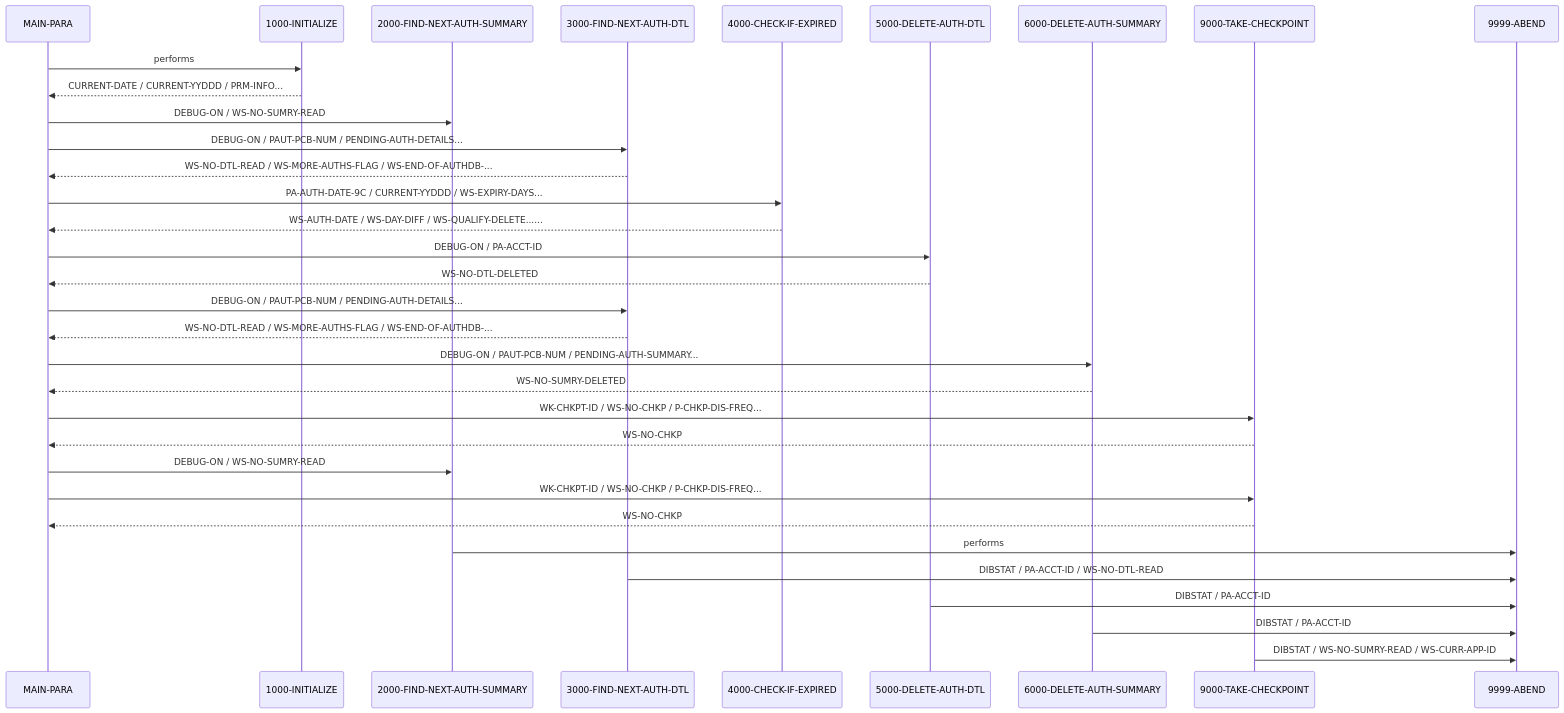
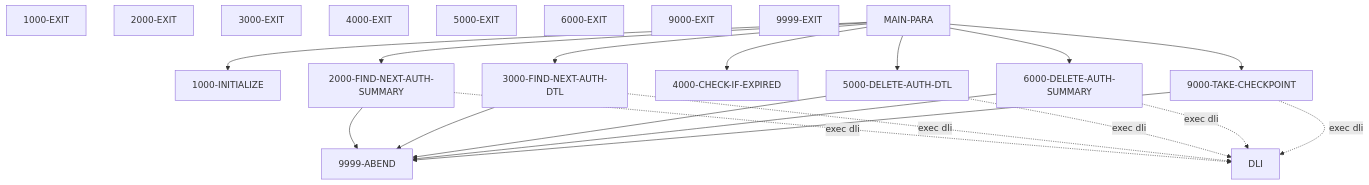
The diagram in example_output/cbl/CBPAUP0C.cbl.md (andrasfe/war_rig), drawn with Mermaid before and after one commit. The commit also changed other lines of this file and 300 other files, not shown here.

````diff
--- a/example_output/cbl/CBPAUP0C.cbl.md
+++ b/example_output/cbl/CBPAUP0C.cbl.md
@@ -198,35 +232,39 @@
 ```mermaid
-sequenceDiagram
-    participant MAIN_PARA as MAIN-PARA
-    participant 1000_INITIALIZE as 1000-INITIALIZE
-    participant 2000_FIND_NEXT_AUTH_SUMMARY as 2000-FIND-NEXT-AUTH-SUMMARY
-    participant 3000_FIND_NEXT_AUTH_DTL as 3000-FIND-NEXT-AUTH-DTL
-    participant 4000_CHECK_IF_EXPIRED as 4000-CHECK-IF-EXPIRED
-    participant 5000_DELETE_AUTH_DTL as 5000-DELETE-AUTH-DTL
-    participant 6000_DELETE_AUTH_SUMMARY as 6000-DELETE-AUTH-SUMMARY
-    participant 9000_TAKE_CHECKPOINT as 9000-TAKE-CHECKPOINT
-    participant 9999_ABEND as 9999-ABEND
-    MAIN_PARA->>1000_INITIALIZE: performs
-    1000_INITIALIZE-->>MAIN_PARA: CURRENT-DATE / CURRENT-YYDDD / PRM-INFO...
-    MAIN_PARA->>2000_FIND_NEXT_AUTH_SUMMARY: DEBUG-ON / WS-NO-SUMRY-READ
-    MAIN_PARA->>3000_FIND_NEXT_AUTH_DTL: DEBUG-ON / PAUT-PCB-NUM / PENDING-AUTH-DETAILS...
-    3000_FIND_NEXT_AUTH_DTL-->>MAIN_PARA: WS-NO-DTL-READ / WS-MORE-AUTHS-FLAG / WS-END-OF-AUTHDB-...
-    MAIN_PARA->>4000_CHECK_IF_EXPIRED: PA-AUTH-DATE-9C / CURRENT-YYDDD / WS-EXPIRY-DAYS...
-    4000_CHECK_IF_EXPIRED-->>MAIN_PARA: WS-AUTH-DATE / WS-DAY-DIFF / WS-QUALIFY-DELETE......
-    MAIN_PARA->>5000_DELETE_AUTH_DTL: DEBUG-ON / PA-ACCT-ID
-    5000_DELETE_AUTH_DTL-->>MAIN_PARA: WS-NO-DTL-DELETED
-    MAIN_PARA->>3000_FIND_NEXT_AUTH_DTL: DEBUG-ON / PAUT-PCB-NUM / PENDING-AUTH-DETAILS...
-    3000_FIND_NEXT_AUTH_DTL-->>MAIN_PARA: WS-NO-DTL-READ / WS-MORE-AUTHS-FLAG / WS-END-OF-AUTHDB-...
-    MAIN_PARA->>6000_DELETE_AUTH_SUMMARY: DEBUG-ON / PAUT-PCB-NUM / PENDING-AUTH-SUMMARY...
-    6000_DELETE_AUTH_SUMMARY-->>MAIN_PARA: WS-NO-SUMRY-DELETED
-    MAIN_PARA->>9000_TAKE_CHECKPOINT: WK-CHKPT-ID / WS-NO-CHKP / P-CHKP-DIS-FREQ...
-    9000_TAKE_CHECKPOINT-->>MAIN_PARA: WS-NO-CHKP
-    MAIN_PARA->>2000_FIND_NEXT_AUTH_SUMMARY: DEBUG-ON / WS-NO-SUMRY-READ
-    MAIN_PARA->>9000_TAKE_CHECKPOINT: WK-CHKPT-ID / WS-NO-CHKP / P-CHKP-DIS-FREQ...
-    9000_TAKE_CHECKPOINT-->>MAIN_PARA: WS-NO-CHKP
-    2000_FIND_NEXT_AUTH_SUMMARY->>9999_ABEND: performs
-    3000_FIND_NEXT_AUTH_DTL->>9999_ABEND: DIBSTAT / PA-ACCT-ID / WS-NO-DTL-READ
-    5000_DELETE_AUTH_DTL->>9999_ABEND: DIBSTAT / PA-ACCT-ID
-    6000_DELETE_AUTH_SUMMARY->>9999_ABEND: DIBSTAT / PA-ACCT-ID
-    9000_TAKE_CHECKPOINT->>9999_ABEND: DIBSTAT / WS-NO-SUMRY-READ / WS-CURR-APP-ID
+flowchart TD
+    %% Title: CBPAUP0C.cbl
+    1000_EXIT["1000-EXIT"]
+    1000_INITIALIZE["1000-INITIALIZE"]
+    2000_EXIT["2000-EXIT"]
+    2000_FIND_NEXT_AUTH_SUMMARY["2000-FIND-NEXT-AUTH-SUMMARY"]
+    9999_ABEND["9999-ABEND"]
+    DLI__ext["DLI"]
+    3000_EXIT["3000-EXIT"]
+    3000_FIND_NEXT_AUTH_DTL["3000-FIND-NEXT-AUTH-DTL"]
+    4000_CHECK_IF_EXPIRED["4000-CHECK-IF-EXPIRED"]
+    4000_EXIT["4000-EXIT"]
+    5000_DELETE_AUTH_DTL["5000-DELETE-AUTH-DTL"]
+    5000_EXIT["5000-EXIT"]
+    6000_DELETE_AUTH_SUMMARY["6000-DELETE-AUTH-SUMMARY"]
+    6000_EXIT["6000-EXIT"]
+    9000_EXIT["9000-EXIT"]
+    9000_TAKE_CHECKPOINT["9000-TAKE-CHECKPOINT"]
+    9999_EXIT["9999-EXIT"]
+    MAIN_PARA["MAIN-PARA"]
+    2000_FIND_NEXT_AUTH_SUMMARY --> 9999_ABEND
+    2000_FIND_NEXT_AUTH_SUMMARY -.->|exec dli| DLI__ext
+    3000_FIND_NEXT_AUTH_DTL --> 9999_ABEND
+    3000_FIND_NEXT_AUTH_DTL -.->|exec dli| DLI__ext
+    5000_DELETE_AUTH_DTL --> 9999_ABEND
+    5000_DELETE_AUTH_DTL -.->|exec dli| DLI__ext
+    6000_DELETE_AUTH_SUMMARY --> 9999_ABEND
+    6000_DELETE_AUTH_SUMMARY -.->|exec dli| DLI__ext
+    9000_TAKE_CHECKPOINT --> 9999_ABEND
+    9000_TAKE_CHECKPOINT -.->|exec dli| DLI__ext
+    MAIN_PARA --> 1000_INITIALIZE
+    MAIN_PARA --> 2000_FIND_NEXT_AUTH_SUMMARY
+    MAIN_PARA --> 3000_FIND_NEXT_AUTH_DTL
+    MAIN_PARA --> 4000_CHECK_IF_EXPIRED
+    MAIN_PARA --> 5000_DELETE_AUTH_DTL
+    MAIN_PARA --> 6000_DELETE_AUTH_SUMMARY
+    MAIN_PARA --> 9000_TAKE_CHECKPOINT
 ```
````
